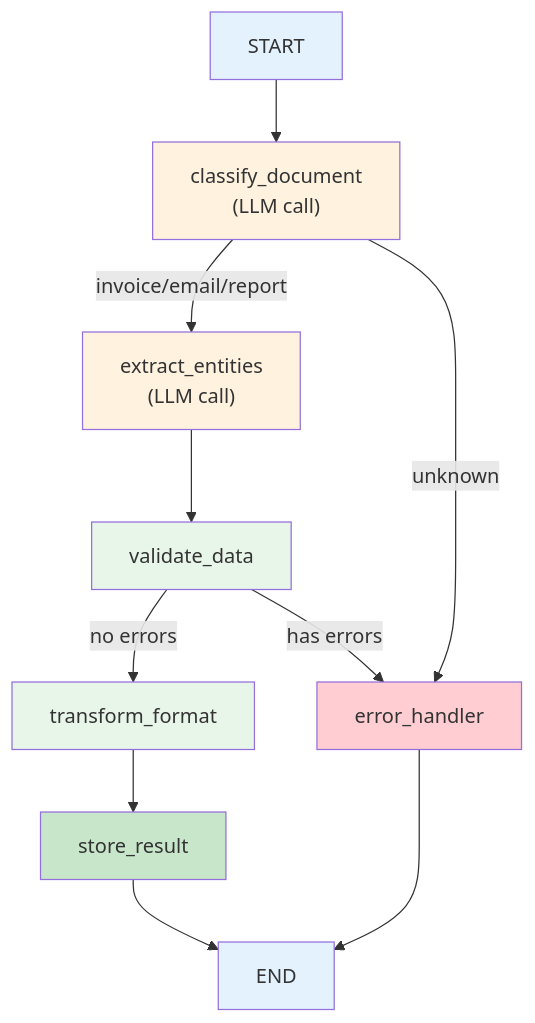
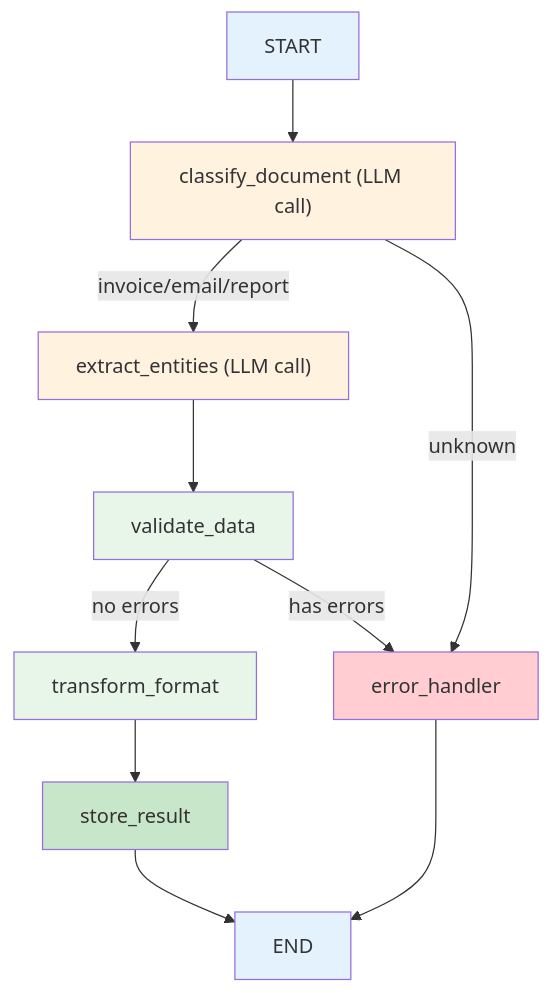
Before and after one commit to arctyra-ai/agentic-samples: the fifth of 9 diagrams in ARCHITECTURE_DIAGRAMS.md, drawn with Mermaid. The commit also changed other lines of this file, not shown here.

Commit message:
Update architecture diagrams formatting

````diff
--- a/ARCHITECTURE_DIAGRAMS.md
+++ b/ARCHITECTURE_DIAGRAMS.md
@@ -124,30 +124,30 @@
 ```mermaid
 graph TD
     Start["START"]
-    Classify["classify_document\n(LLM call)"]
-    Extract["extract_entities\n(LLM call)"]
+    Classify["classify_document (LLM call)"]
+    Extract["extract_entities (LLM call)"]
     Validate["validate_data"]
     Transform["transform_format"]
     Store["store_result"]
     Error["error_handler"]
     End["END"]
 
     Start --> Classify
     Classify -->|"invoice/email/report"| Extract
     Classify -->|"unknown"| Error
     Extract --> Validate
     Validate -->|"no errors"| Transform
     Validate -->|"has errors"| Error
     Transform --> Store
     Store --> End
     Error --> End
 
     style Start fill:#e3f2fd
     style Classify fill:#fff3e0
     style Extract fill:#fff3e0
     style Validate fill:#e8f5e9
     style Transform fill:#e8f5e9
     style Store fill:#c8e6c9
     style Error fill:#ffcdd2
     style End fill:#e3f2fd
 ```
````
